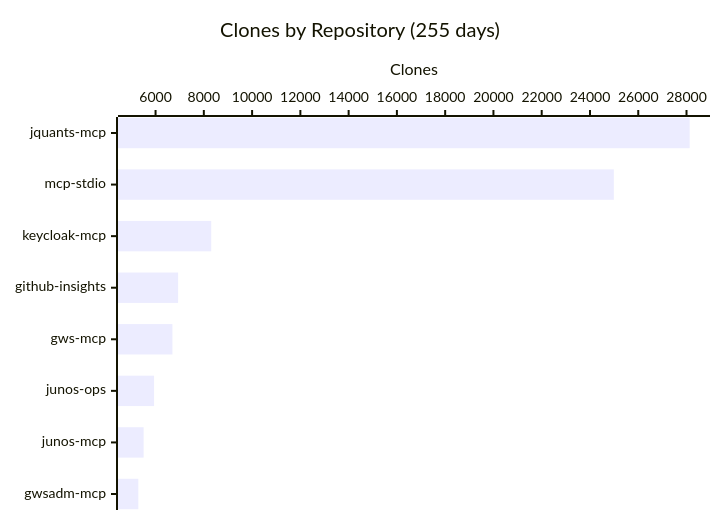
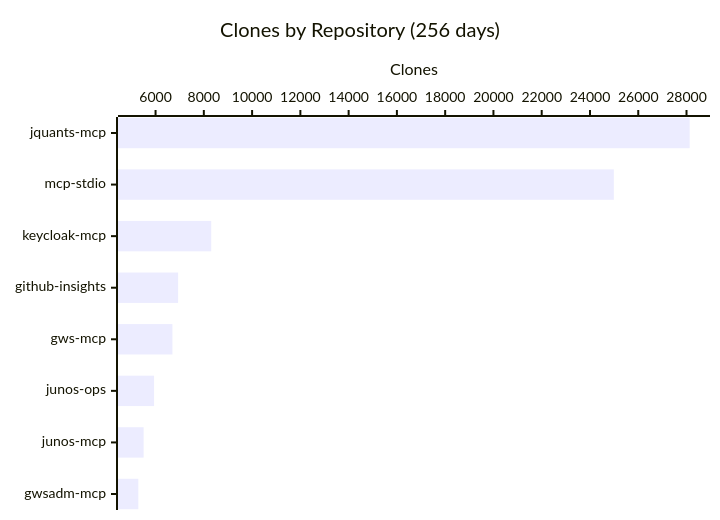
The fourth of 4 diagrams in README.md (shigechika/github-insights), drawn with Mermaid before and after one commit. The commit also changed other lines of this file and 1 other file, not shown here.

````diff
--- a/README.md
+++ b/README.md
@@ -58,7 +58,7 @@
 ```mermaid
 xychart-beta horizontal
-    title "Clones by Repository (255 days)"
+    title "Clones by Repository (256 days)"
     x-axis ["jquants-mcp", "mcp-stdio", "keycloak-mcp", "github-insights", "gws-mcp", "junos-ops", "junos-mcp", "gwsadm-mcp"]
     y-axis "Clones"
     bar [28132, 24989, 8307, 6934, 6699, 5939, 5505, 5285]
 ```
````
